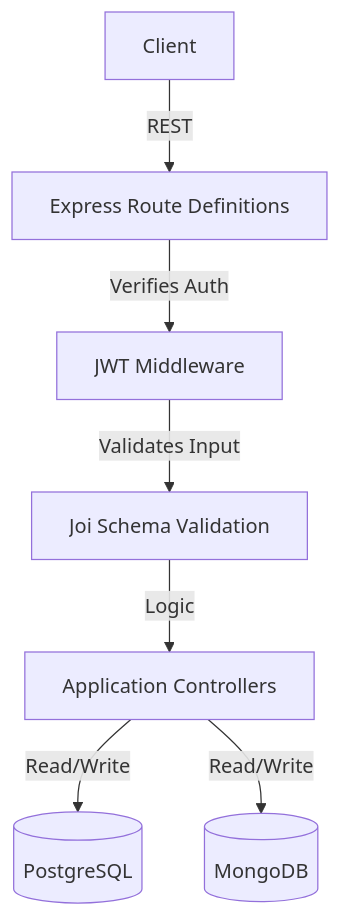
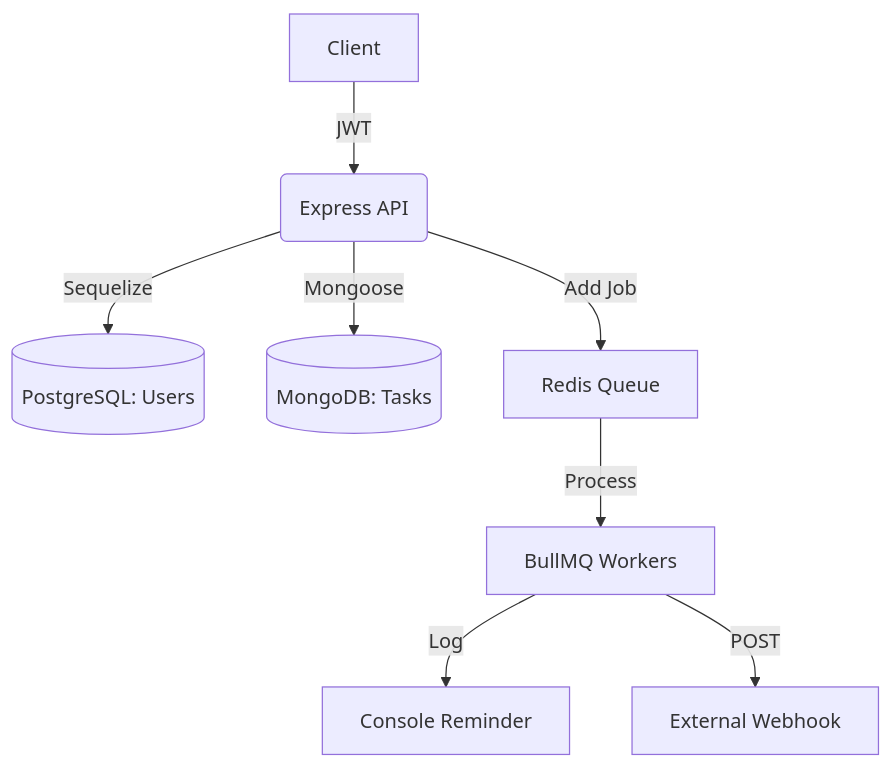
The diagram in README.md (sanrach0178/task_management_api), drawn with Mermaid before and after one commit. The commit also changed other lines of this file and 22 other files, not shown here.

````diff
--- a/README.md
+++ b/README.md
@@ -29,9 +102,10 @@
 ```mermaid
-graph TD;
-    Client-->|REST| Express[Express Route Definitions];
-    Express-->|Verifies Auth| Middleware[JWT Middleware];
-    Middleware-->|Validates Input| Joi[Joi Schema Validation];
-    Joi-->|Logic| Controllers[Application Controllers];
-    Controllers-->|Read/Write| Postgres[(PostgreSQL)];
-    Controllers-->|Read/Write| Mongo[(MongoDB)];
+graph TD
+    A[Client] -->|JWT| B(Express API)
+    B -->|Sequelize| C[(PostgreSQL: Users)]
+    B -->|Mongoose| D[(MongoDB: Tasks)]
+    B -->|Add Job| E[Redis Queue]
+    E -->|Process| F[BullMQ Workers]
+    F -->|Log| G[Console Reminder]
+    F -->|POST| H[External Webhook]
 ```
````
